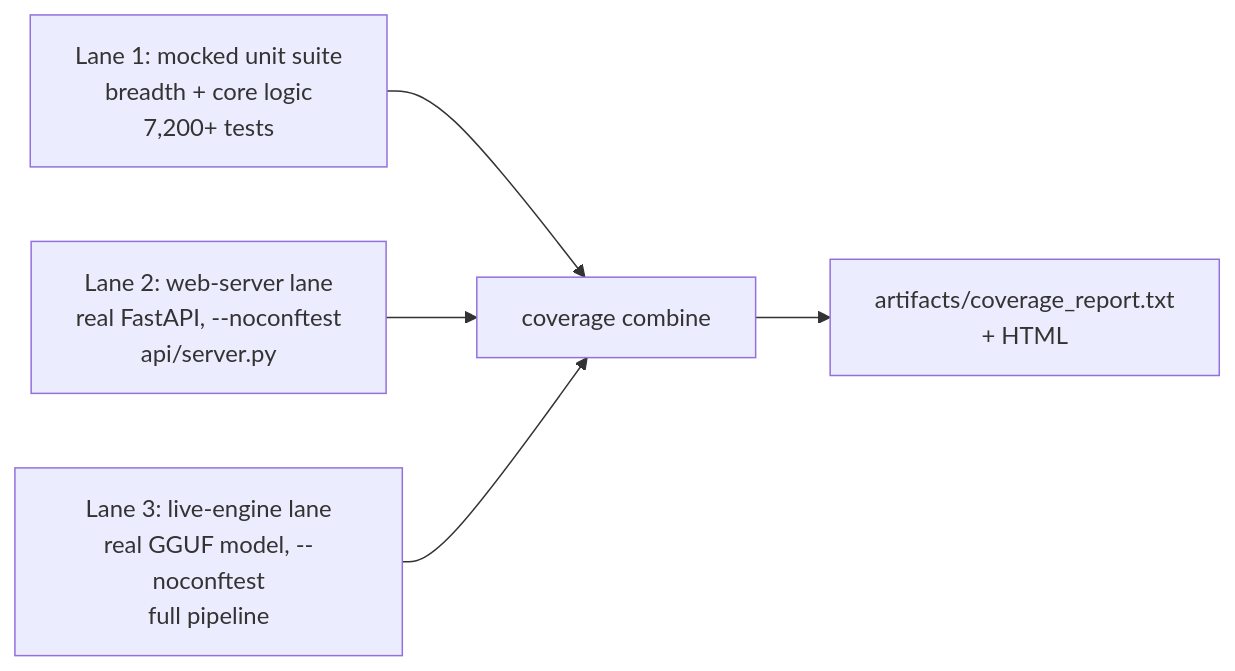
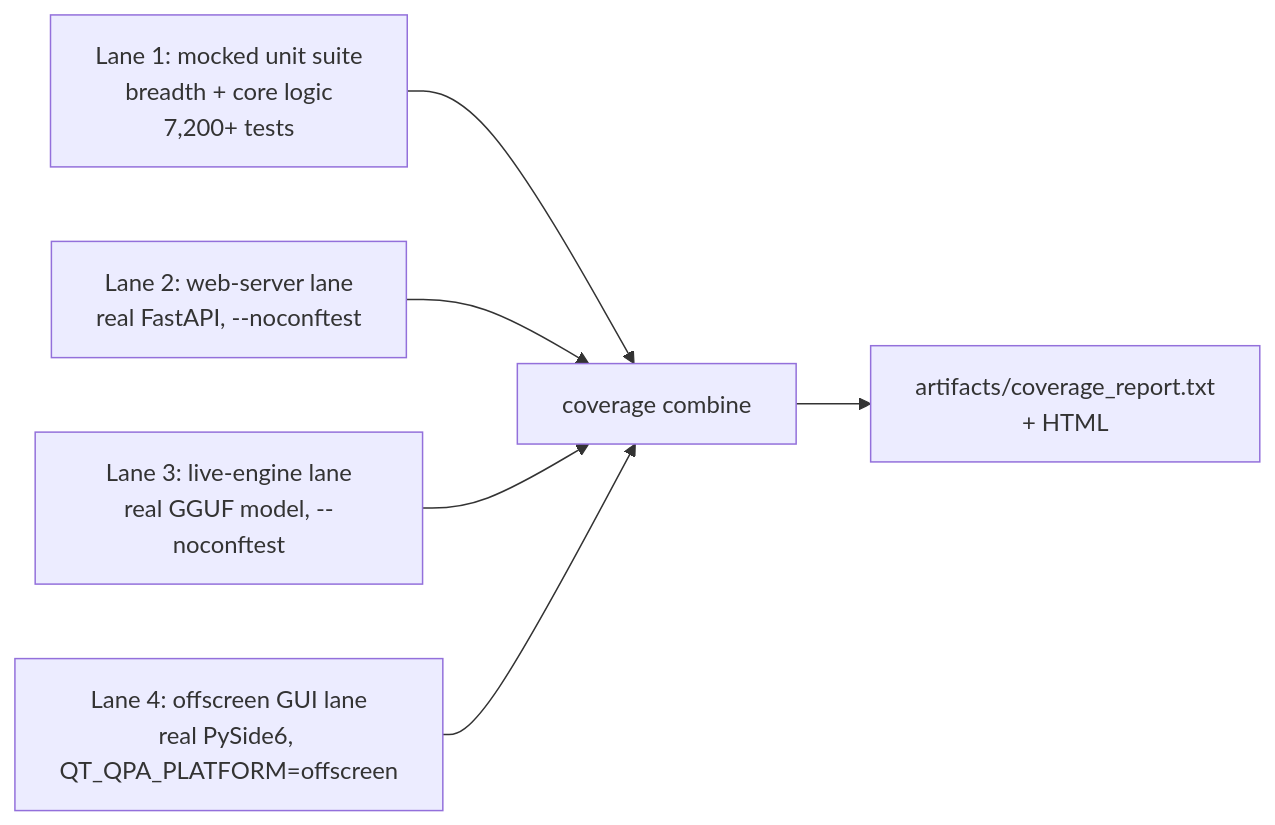
Before and after one commit to ShadowESC95/ELI_v2.0: the diagram in blueprints/test_coverage_suite_report.md, drawn with Mermaid. The commit also changed other lines of this file and 1 other file, not shown here.

Commit message:
coverage report: 4 lanes, gui recovered to 25% (labs 40%, coding 49%), 45.9% overall

````diff
--- a/blueprints/test_coverage_suite_report.md
+++ b/blueprints/test_coverage_suite_report.md
@@ -40,7 +43,8 @@
 ```mermaid
 flowchart LR
-    A[Lane 1: mocked unit suite<br/>breadth + core logic<br/>7,200+ tests] --> D[coverage combine]
-    B[Lane 2: web-server lane<br/>real FastAPI, --noconftest<br/>api/server.py] --> D
-    C[Lane 3: live-engine lane<br/>real GGUF model, --noconftest<br/>full pipeline] --> D
-    D --> E[artifacts/coverage_report.txt<br/>+ HTML]
+    A[Lane 1: mocked unit suite<br/>breadth + core logic<br/>7,200+ tests] --> E[coverage combine]
+    B[Lane 2: web-server lane<br/>real FastAPI, --noconftest] --> E
+    C[Lane 3: live-engine lane<br/>real GGUF model, --noconftest] --> E
+    D[Lane 4: offscreen GUI lane<br/>real PySide6, QT_QPA_PLATFORM=offscreen] --> E
+    E --> F[artifacts/coverage_report.txt<br/>+ HTML]
 ```
````
